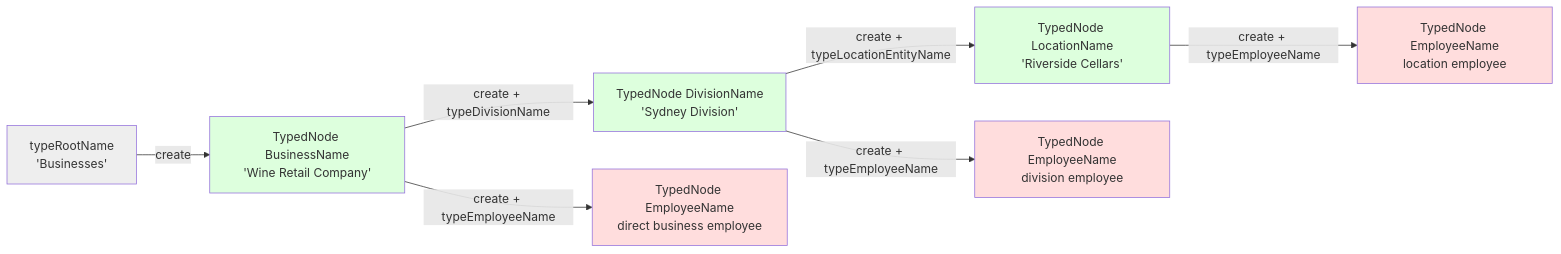
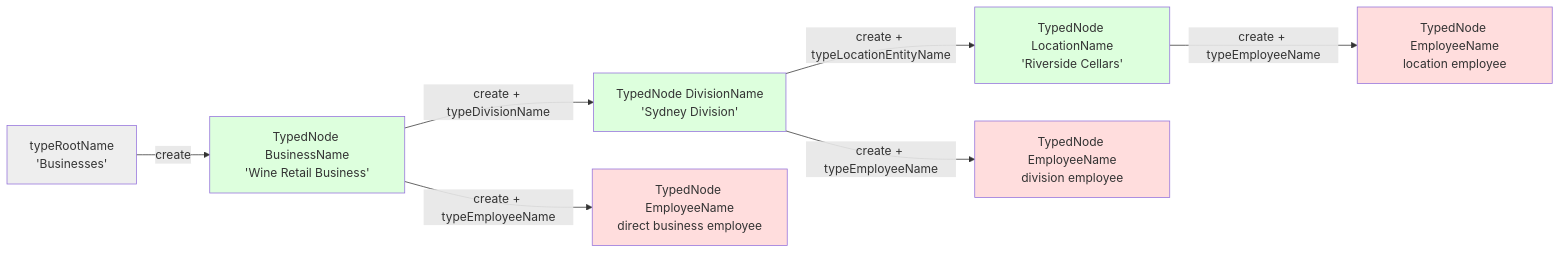
One commit to relatingdata/SQLite-ledger-ts changed the diagram in docs/diagrams/business-division-location-chain.mmd. Above: the diagram before and after it, drawn with Mermaid. The commit also changed 11 other files, not shown here.

```diff
--- a/docs/diagrams/business-division-location-chain.mmd
+++ b/docs/diagrams/business-division-location-chain.mmd
@@ -1,15 +1,15 @@
 graph LR
-    A["typeRootName<br/>'Businesses'"] -->|create| B["TypedNode BusinessName<br/>'Wine Retail Company'"]
+    A["typeRootName<br/>'Businesses'"] -->|create| B["TypedNode BusinessName<br/>'Wine Retail Business'"]
     B -->|create + typeDivisionName| C["TypedNode DivisionName<br/>'Sydney Division'"]
     C -->|create + typeLocationEntityName| D["TypedNode LocationName<br/>'Riverside Cellars'"]
     B -->|create + typeEmployeeName| E["TypedNode EmployeeName<br/>direct business employee"]
     C -->|create + typeEmployeeName| F["TypedNode EmployeeName<br/>division employee"]
     D -->|create + typeEmployeeName| G["TypedNode EmployeeName<br/>location employee"]
 
     style A fill:#eee
     style B fill:#dfd
     style C fill:#dfd
     style D fill:#dfd
     style E fill:#fdd
     style F fill:#fdd
     style G fill:#fdd
```
